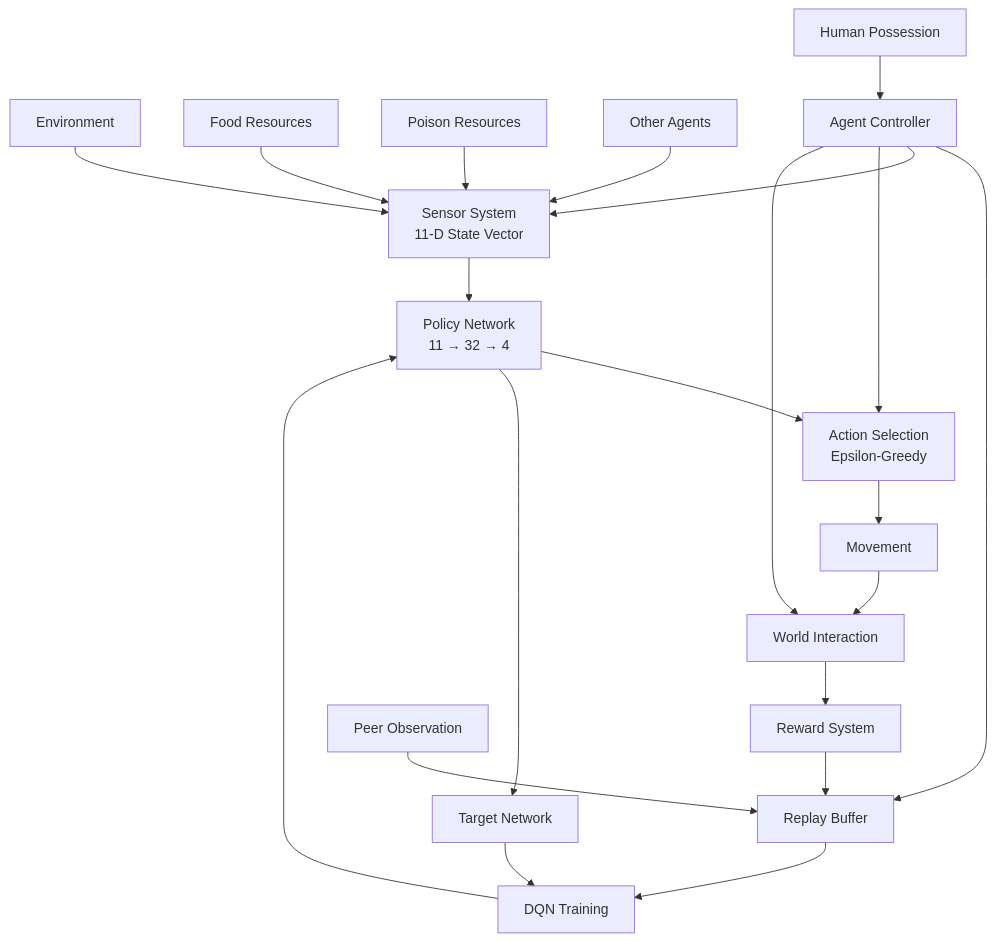
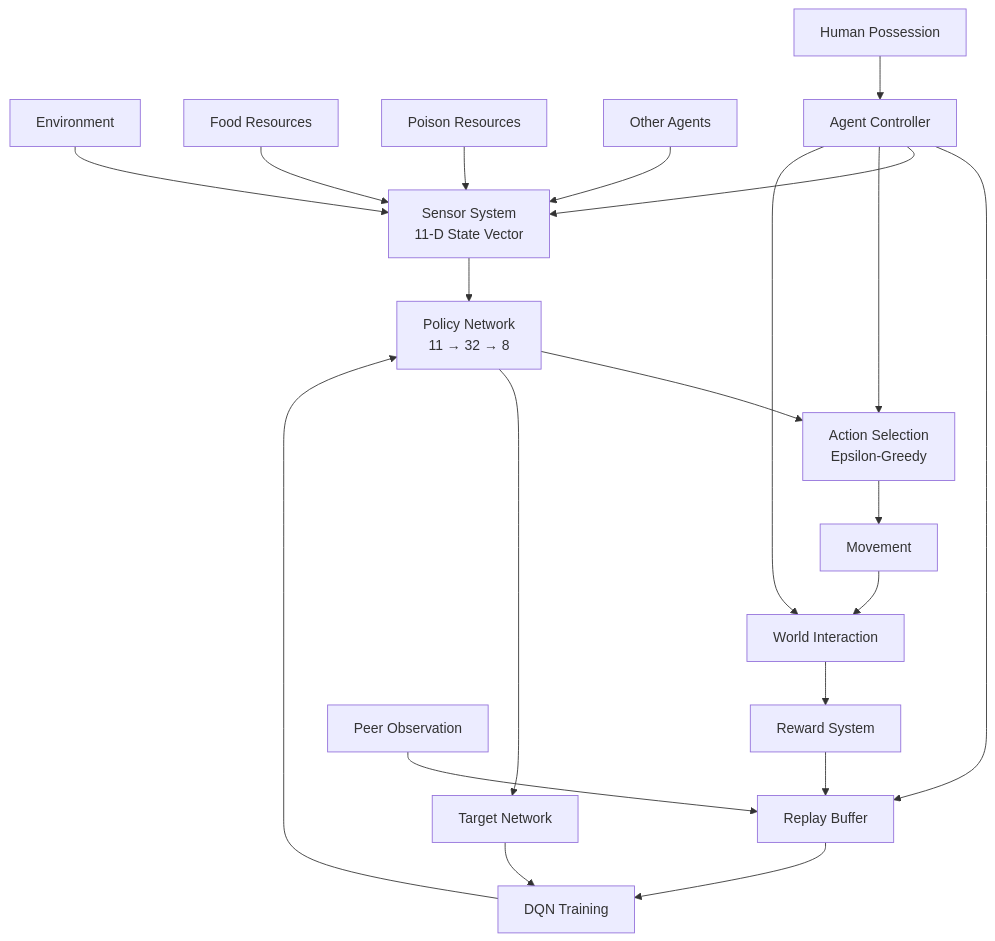
One commit to bryanspms/LifeForm changed the first of 3 diagrams in README.md. Above: the diagram before and after it, drawn with Mermaid. The commit also changed other lines of this file and 11 other files, not shown here.

````diff
--- a/README.md
+++ b/README.md
@@ -128,58 +128,58 @@
 ```mermaid
 flowchart TD
 
     ENV[Environment]
     FOOD[Food Resources]
     POISON[Poison Resources]
     AGENTS[Other Agents]
 
     ENV --> SENSOR
     FOOD --> SENSOR
     POISON --> SENSOR
     AGENTS --> SENSOR
 
     SENSOR[Sensor System<br/>11-D State Vector]
 
     SENSOR --> POLICY
 
-    POLICY[Policy Network<br/>11 → 32 → 4]
+    POLICY[Policy Network<br/>11 → 32 → 8]
 
     POLICY --> ACTION
 
     ACTION[Action Selection<br/>Epsilon-Greedy]
 
     ACTION --> MOVE[Movement]
 
     MOVE --> WORLD[World Interaction]
 
     WORLD --> REWARD[Reward System]
 
     REWARD --> MEMORY
 
     MEMORY[Replay Buffer]
 
     MEMORY --> TRAIN
 
     TRAIN[DQN Training]
 
     TRAIN --> POLICY
 
     POLICY --> TARGET[Target Network]
 
     TARGET --> TRAIN
 
     PLAYER[Human Possession]
 
     PLAYER --> AGENTCTRL
     AGENTCTRL --> MEMORY
 
     PEER[Peer Observation]
 
     PEER --> MEMORY
 
     AGENTCTRL[Agent Controller]
 
     AGENTCTRL --> SENSOR
     AGENTCTRL --> ACTION
     AGENTCTRL --> WORLD
 ```
````
